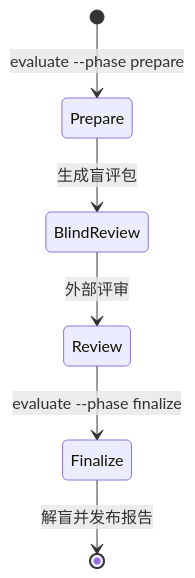
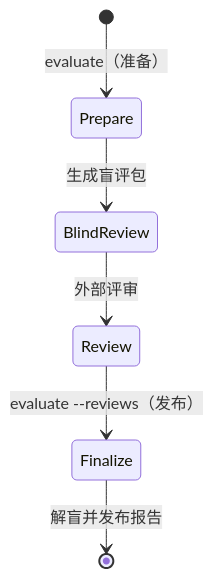
The third of 4 diagrams in docs/design/07-evaluation.md (HoldThatThgt/WorldMock), drawn with Mermaid before and after one commit. The commit also changed other lines of this file and 18 other files, not shown here.

````diff
--- a/docs/design/07-evaluation.md
+++ b/docs/design/07-evaluation.md
@@ -472,8 +472,8 @@
 ```mermaid
 stateDiagram-v2
-    [*] --> Prepare: evaluate --phase prepare
+    [*] --> Prepare: evaluate（准备）
     Prepare --> BlindReview: 生成盲评包
     BlindReview --> Review: 外部评审
-    Review --> Finalize: evaluate --phase finalize
+    Review --> Finalize: evaluate --reviews（发布）
     Finalize --> [*]: 解盲并发布报告
 ```
````
